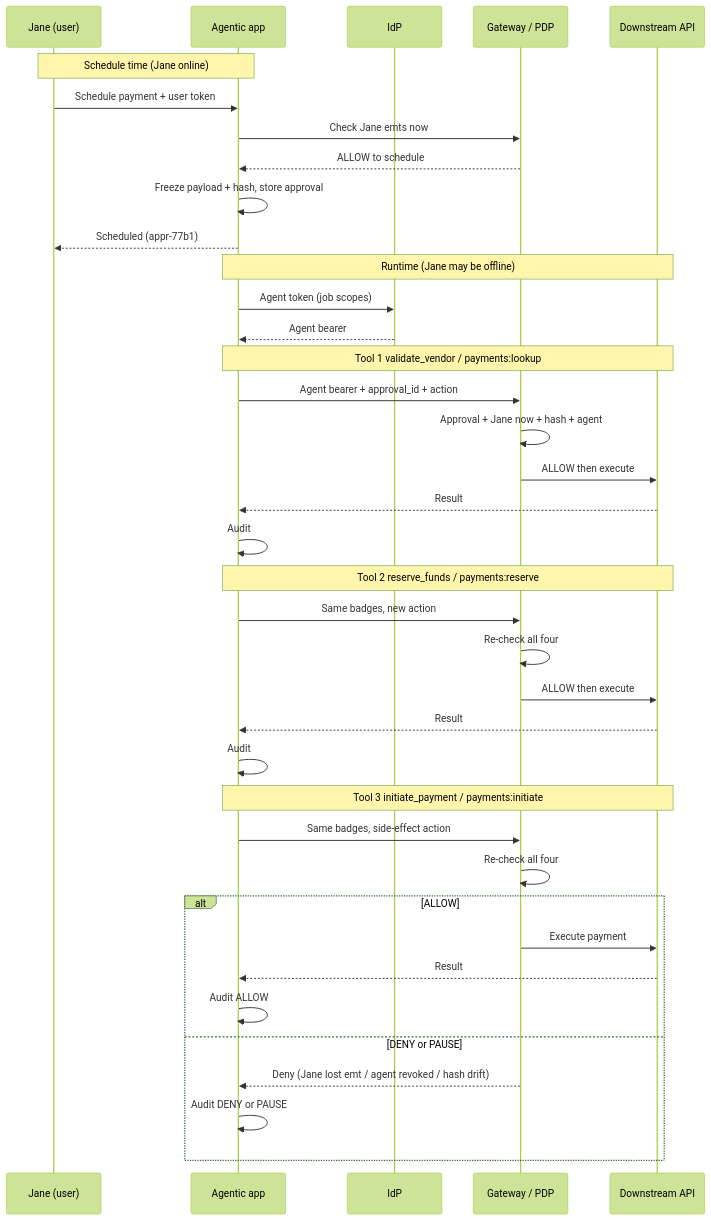
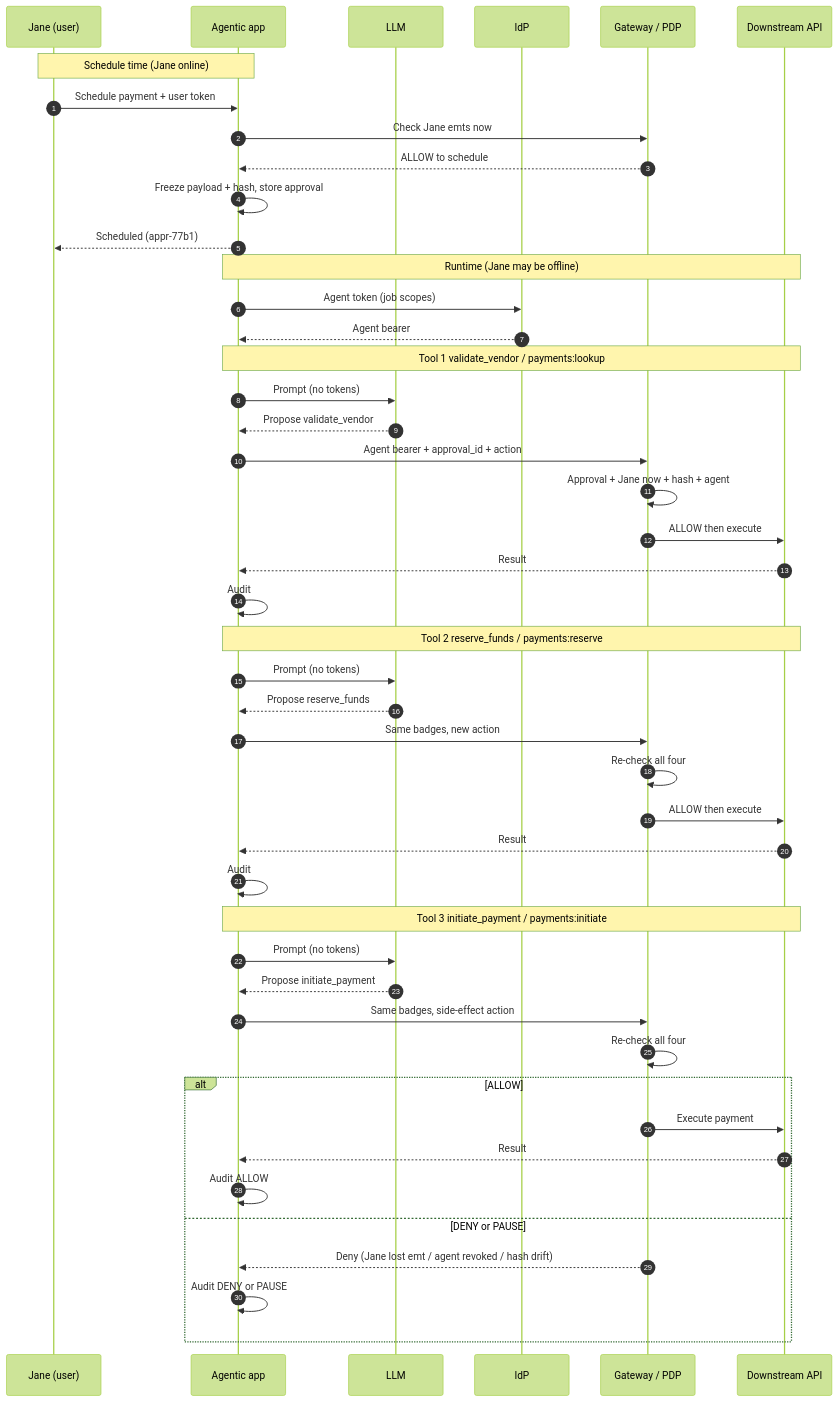
Before and after one commit to iamsharmajitender/gain: the third of 3 diagrams in docs/insights/2026-08-06-agent-identity/agent-identity.mdx, drawn with Mermaid (forest theme). The commit also changed other lines of this file and 30 other files, not shown here.

````diff
--- a/docs/insights/2026-08-06-agent-identity/agent-identity.mdx
+++ b/docs/insights/2026-08-06-agent-identity/agent-identity.mdx
@@ -313,45 +328,53 @@
 ```mermaid
 sequenceDiagram
+    autonumber
     participant Jane as Jane (user)
     participant App as Agentic app
+    participant LLM as LLM
     participant IdP as IdP
     participant GW as Gateway / PDP
     participant API as Downstream API
 
     Note over Jane,App: Schedule time (Jane online)
     Jane->>App: Schedule payment + user token
     App->>GW: Check Jane emts now
     GW-->>App: ALLOW to schedule
     App->>App: Freeze payload + hash, store approval
     App-->>Jane: Scheduled (appr-77b1)
 
     Note over App,API: Runtime (Jane may be offline)
     App->>IdP: Agent token (job scopes)
     IdP-->>App: Agent bearer
 
     Note over App,API: Tool 1 validate_vendor / payments:lookup
+    App->>LLM: Prompt (no tokens)
+    LLM-->>App: Propose validate_vendor
     App->>GW: Agent bearer + approval_id + action
     GW->>GW: Approval + Jane now + hash + agent
     GW->>API: ALLOW then execute
     API-->>App: Result
     App->>App: Audit
 
     Note over App,API: Tool 2 reserve_funds / payments:reserve
+    App->>LLM: Prompt (no tokens)
+    LLM-->>App: Propose reserve_funds
     App->>GW: Same badges, new action
     GW->>GW: Re-check all four
     GW->>API: ALLOW then execute
     API-->>App: Result
     App->>App: Audit
 
     Note over App,API: Tool 3 initiate_payment / payments:initiate
+    App->>LLM: Prompt (no tokens)
+    LLM-->>App: Propose initiate_payment
     App->>GW: Same badges, side-effect action
     GW->>GW: Re-check all four
     alt ALLOW
         GW->>API: Execute payment
         API-->>App: Result
         App->>App: Audit ALLOW
     else DENY or PAUSE
         GW-->>App: Deny (Jane lost emt / agent revoked / hash drift)
         App->>App: Audit DENY or PAUSE
     end
 ```
````
